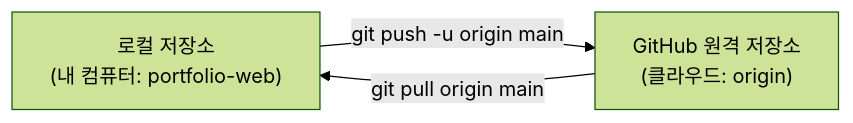
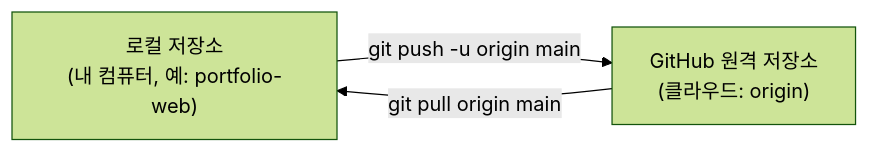
Before and after one commit to qus0in-factory/learn: the diagram in docs/lecture/05-remote.md, drawn with Mermaid (forest theme). The commit also changed other lines of this file and 6 other files, not shown here.

Commit message:
docs(learn): mark portfolio-web as an example name at its first mention (#59)

````diff
--- a/docs/lecture/05-remote.md
+++ b/docs/lecture/05-remote.md
@@ -31,5 +31,5 @@
 ```mermaid
 flowchart LR
-    LR["로컬 저장소<br/>(내 컴퓨터: portfolio-web)"] -->|git push -u origin main| GH["GitHub 원격 저장소<br/>(클라우드: origin)"]
+    LR["로컬 저장소<br/>(내 컴퓨터, 예: portfolio-web)"] -->|git push -u origin main| GH["GitHub 원격 저장소<br/>(클라우드: origin)"]
     GH -->|git pull origin main| LR
 ```
````
